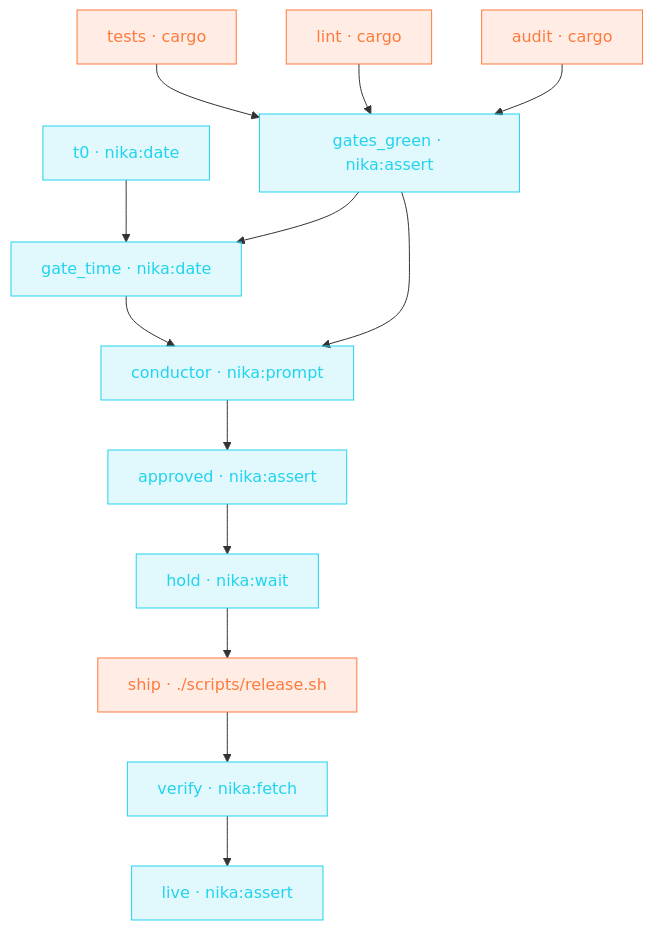
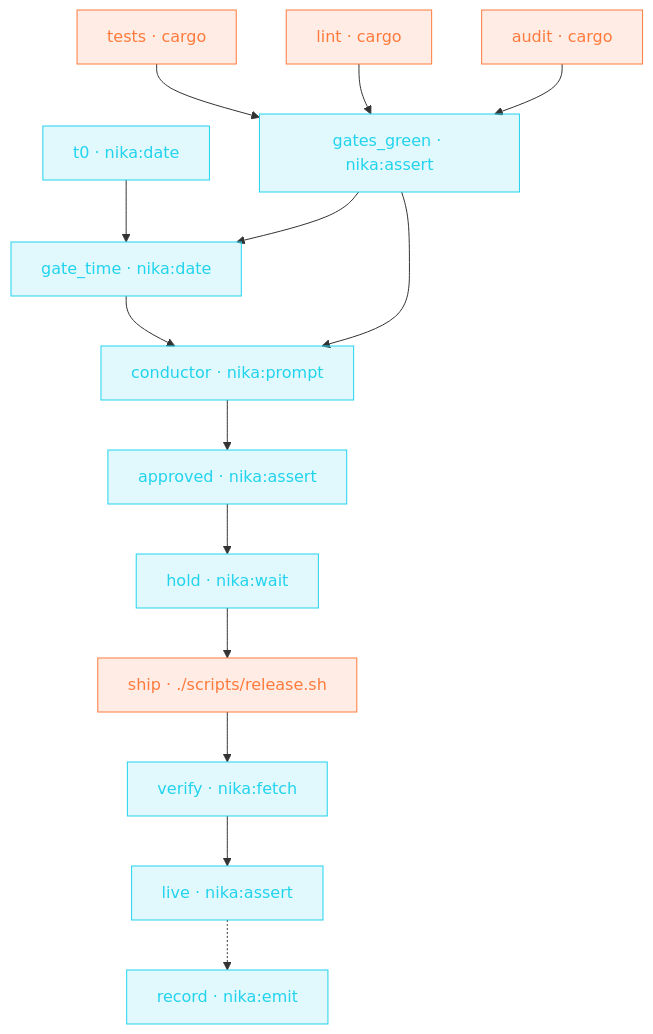
One commit to supernovae-st/nika-docs changed the diagram in examples/release-train.mdx. Above: the diagram before and after it, drawn with Mermaid. The commit also changed other lines of this file and 19 other files, not shown here.

````diff
--- a/examples/release-train.mdx
+++ b/examples/release-train.mdx
@@ -26,29 +26,31 @@
 ```mermaid
 flowchart TD
   t0["t0 · nika:date"]:::invoke
   tests["tests · cargo"]:::exec
   lint["lint · cargo"]:::exec
   audit["audit · cargo"]:::exec
   gates_green["gates_green · nika:assert"]:::invoke
   gate_time["gate_time · nika:date"]:::invoke
   conductor["conductor · nika:prompt"]:::invoke
   approved["approved · nika:assert"]:::invoke
   hold["hold · nika:wait"]:::invoke
   ship["ship · ./scripts/release.sh"]:::exec
   verify["verify · nika:fetch"]:::invoke
   live["live · nika:assert"]:::invoke
+  record["record · nika:emit"]:::invoke
   tests --> gates_green
   lint --> gates_green
   audit --> gates_green
   t0 --> gate_time
   gates_green --> gate_time
   gates_green --> conductor
   gate_time --> conductor
   conductor --> approved
   approved --> hold
   hold --> ship
   ship --> verify
   verify --> live
+  live -.-> record
   classDef exec fill:#ff7a3c22,stroke:#ff7a3c,color:#ff7a3c
   classDef invoke fill:#22d3ee22,stroke:#22d3ee,color:#22d3ee
 ```
````
